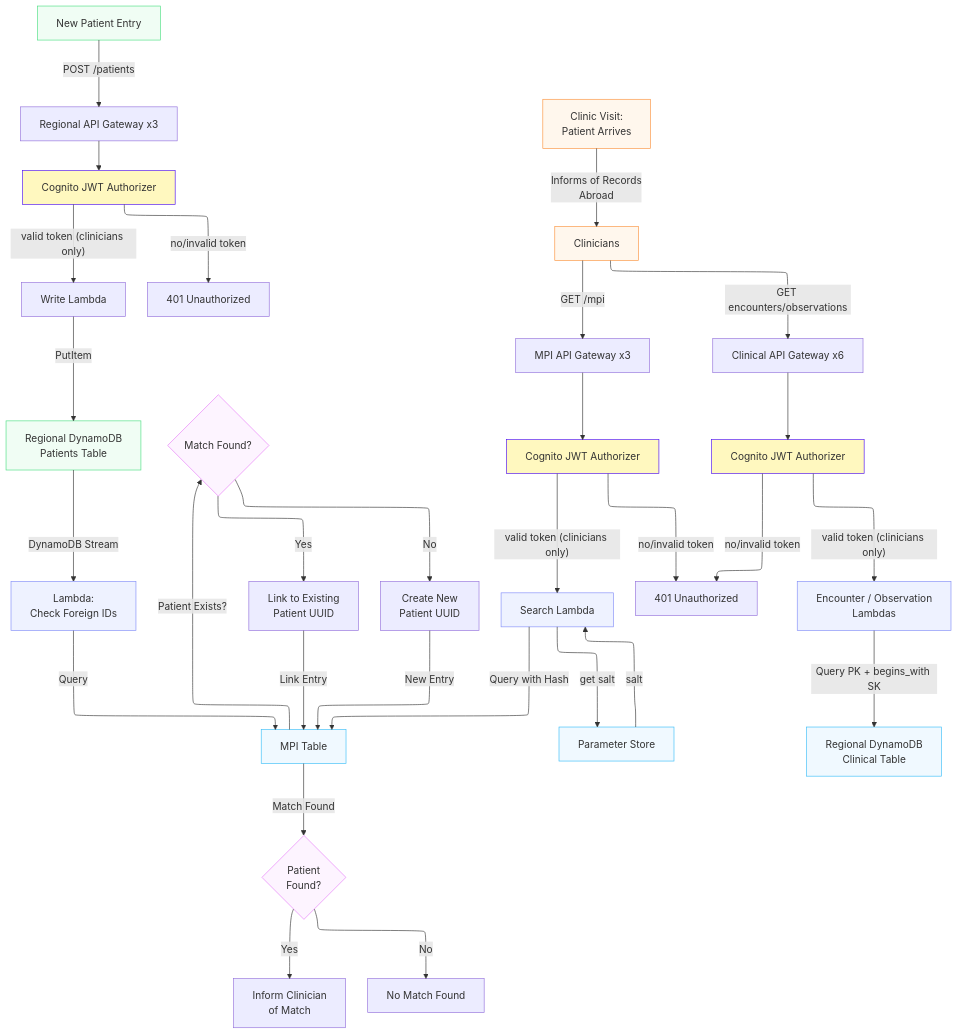
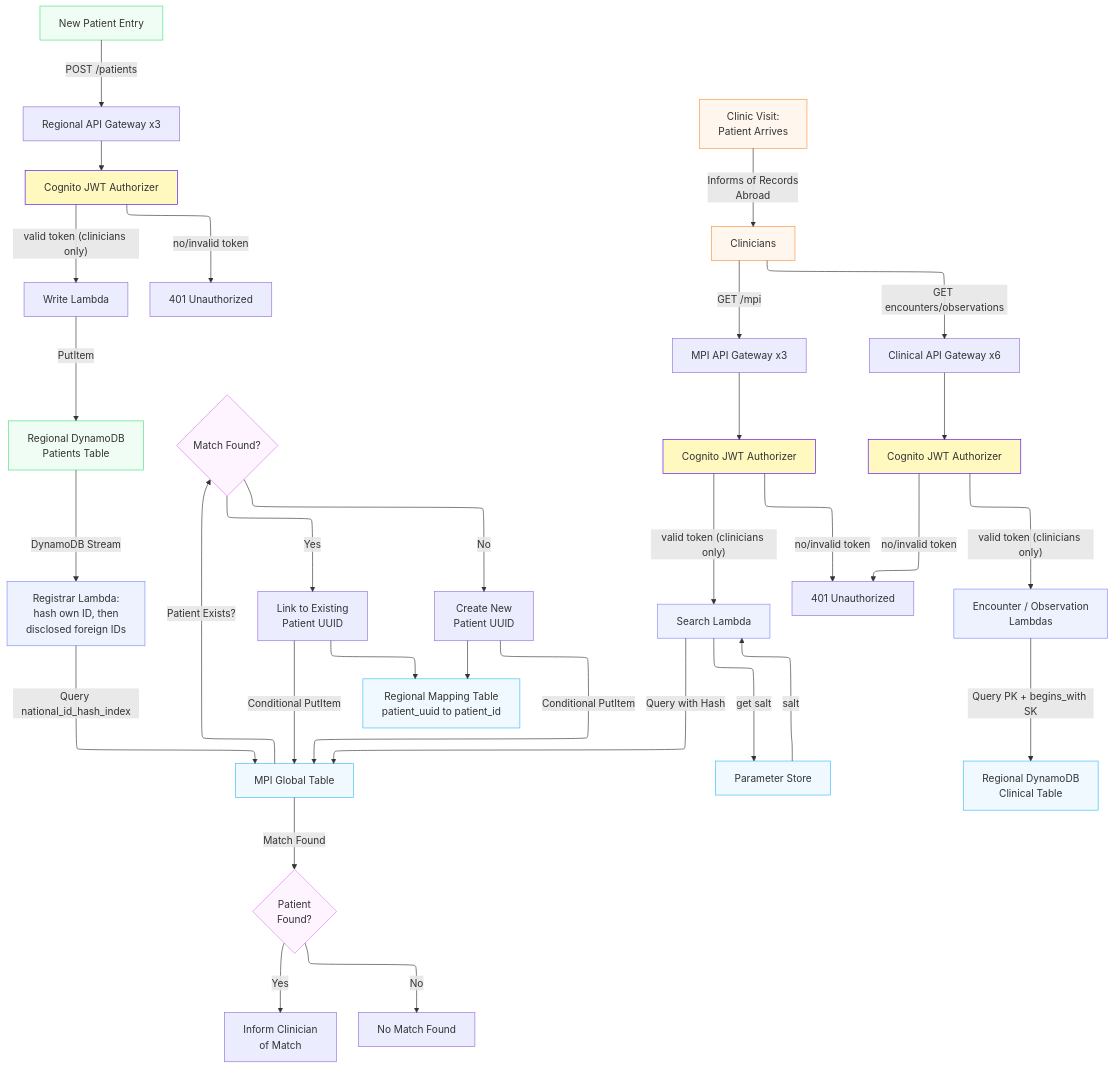
Before and after one commit to tobsterin/Multi-Region-EHR-API: the diagram in README.md, drawn with Mermaid. The commit also changed other lines of this file and 4 other files, not shown here.

First line of the commit message:
Document mapping tables and layer, add FR record and diagrams

````diff
--- a/README.md
+++ b/README.md
@@ -21,59 +24,62 @@
 ```mermaid
 ---
 config:
   layout: elk
 ---
 flowchart TB
     A["New Patient Entry"] -- POST /patients --> AG1["Regional API Gateway x3"]
     AG1 --> AUTH1["Cognito JWT Authorizer"]
     AUTH1 -- valid token (clinicians only) --> WL["Write Lambda"]
     AUTH1 -- no/invalid token --> X["401 Unauthorized"]
     WL -- PutItem --> B["Regional DynamoDB<br>Patients Table"]
-    B -- DynamoDB Stream --> C["Lambda:<br>Check Foreign IDs"]
-    C -- Query --> D["MPI Table"]
+    B -- DynamoDB Stream --> C["Registrar Lambda:<br>hash own ID, then<br>disclosed foreign IDs"]
+    C -- Query national_id_hash_index --> D["MPI Global Table"]
     D -- Patient Exists? --> E{"Match Found?"}
     E -- Yes --> F["Link to Existing<br>Patient UUID"]
     E -- No --> G["Create New<br>Patient UUID"]
-    F -- Link Entry --> D
-    G -- New Entry --> D
+    F -- Conditional PutItem --> D
+    G -- Conditional PutItem --> D
+    F --> MT["Regional Mapping Table<br>patient_uuid to patient_id"]
+    G --> MT
     I["Clinic Visit:<br>Patient Arrives"] -- Informs of Records<br>Abroad --> J["Clinicians"]
     J -- GET /mpi --> AG2["MPI API Gateway x3"]
     AG2 --> AUTH2["Cognito JWT Authorizer"]
     AUTH2 -- valid token (clinicians only) --> K["Search Lambda"]
     AUTH2 -- no/invalid token --> X1["401 Unauthorized"]
     K -- get salt --> L["Parameter Store"]
     L -- salt --> K
     K -- Query with Hash --> D
     D -- Match Found --> M{"Patient<br>Found?"}
     M -- Yes --> N["Inform Clinician<br>of Match"]
     M -- No --> O["No Match Found"]
     J -- GET encounters/observations --> AG3["Clinical API Gateway x6"]
     AG3 --> AUTH3["Cognito JWT Authorizer"]
     AUTH3 -- valid token (clinicians only) --> CL["Encounter / Observation<br>Lambdas"]
     AUTH3 -- no/invalid token --> X1["401 Unauthorized"]
     CL -- Query PK + begins_with SK --> CV["Regional DynamoDB<br>Clinical Table"]
 
 
      A:::creation
      B:::creation
      C:::lambda
      D:::database
+     MT:::database
      E:::decision
      I:::clinician
      J:::clinician
      K:::lambda
      L:::database
      M:::decision
      AUTH1:::auth
      AUTH2:::auth
      AUTH3:::auth
      CL:::lambda
      CV:::database
     classDef creation fill:#f0fdf4,stroke:#4ade80
     classDef lambda fill:#eef2ff,stroke:#818cf8
     classDef database fill:#f0f9ff,stroke:#38bdf8
     classDef clinician fill:#fff7ed,stroke:#fb923c
     classDef decision fill:#fdf4ff,stroke:#e879f9
     classDef auth fill:#fff8bf,stroke:#4a0bf6
     
 ```
````
